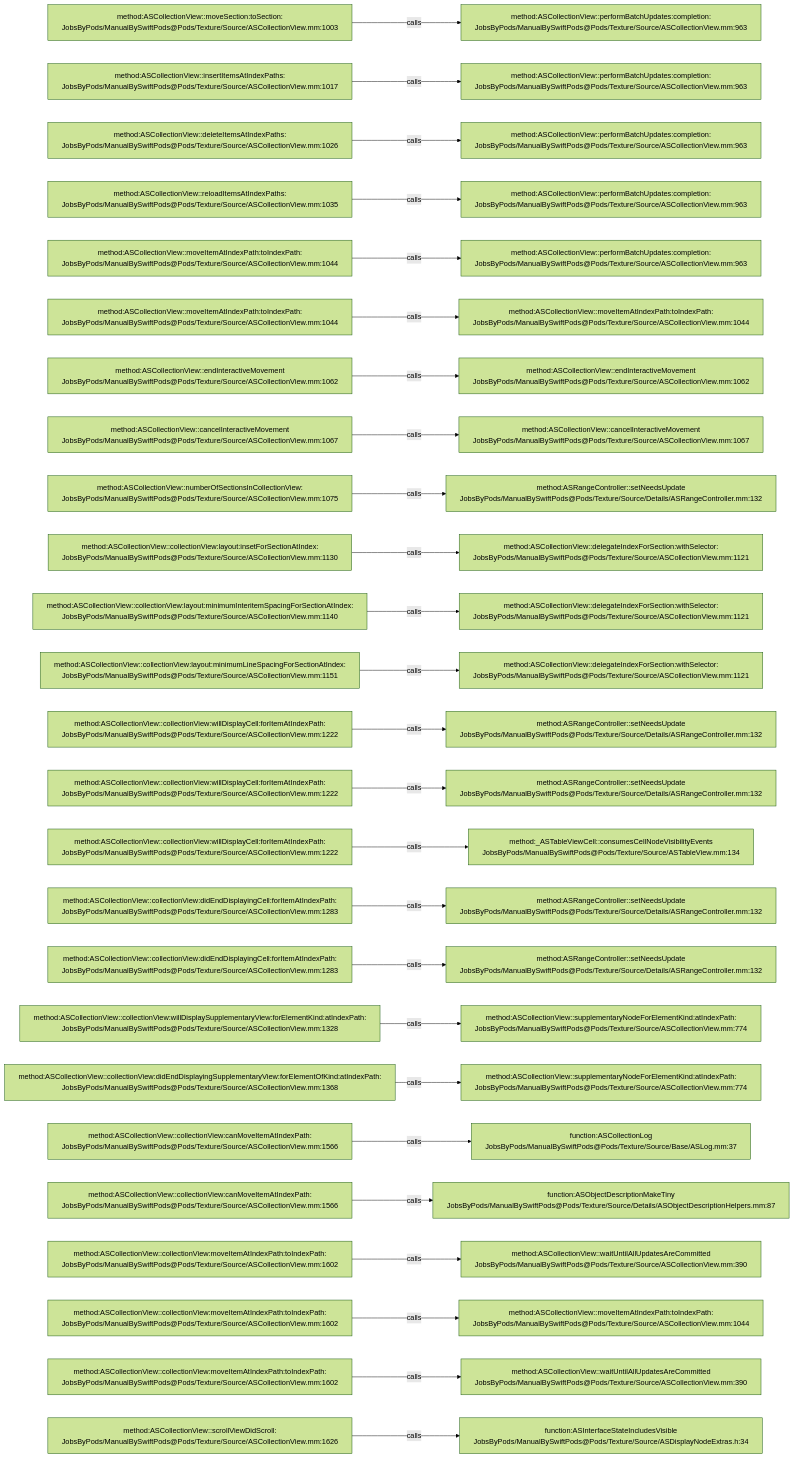
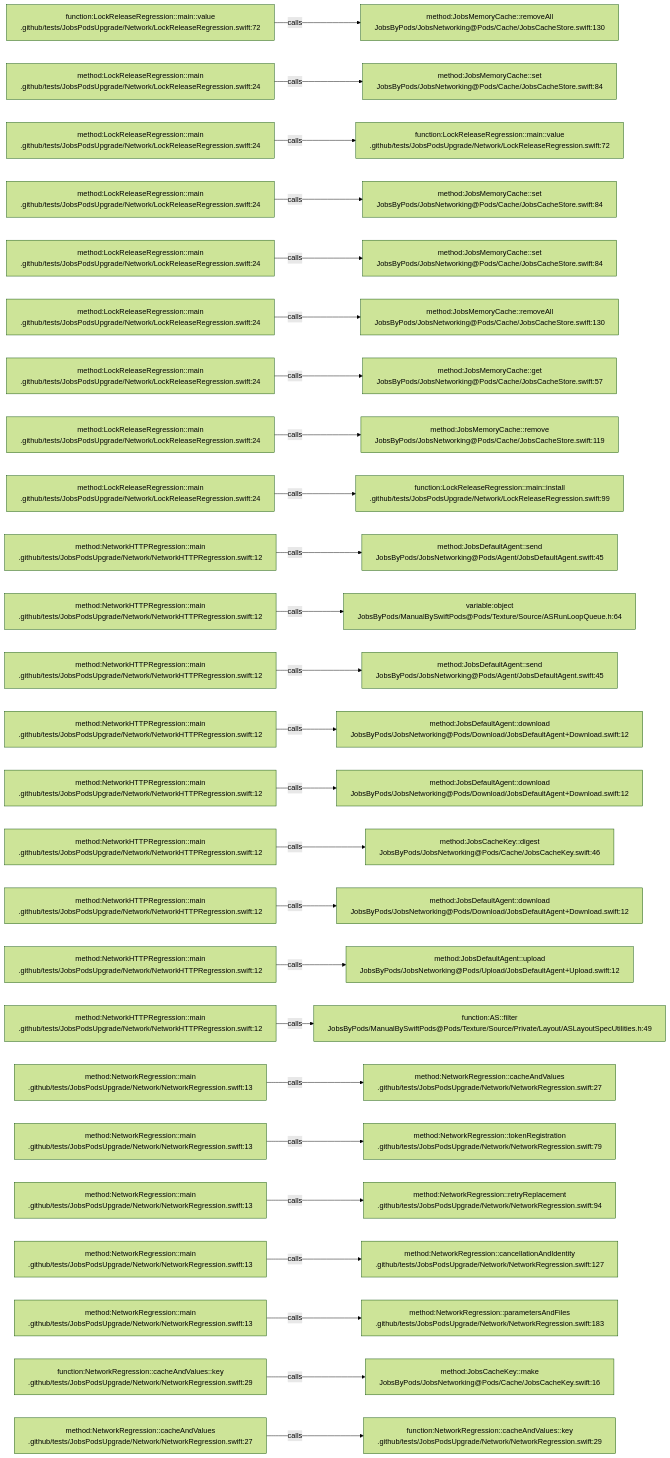
Before and after one commit to JobsKits/JobsSwiftBaseConfigDemo: the diagram in .codegraph/codegraph.md/graphs/calls-012.md, drawn with Mermaid (forest theme). The commit also changed 224 other files, not shown here.

````diff
--- a/.codegraph/codegraph.md/graphs/calls-012.md
+++ b/.codegraph/codegraph.md/graphs/calls-012.md
@@ -13,78 +13,78 @@
 ```mermaid
 flowchart LR
-  S1["method:ASCollectionView::moveSection:toSection:<br/>JobsByPods/ManualBySwiftPods@Pods/Texture/Source/ASCollectionView.mm:1003"]
-  T1["method:ASCollectionView::performBatchUpdates:completion:<br/>JobsByPods/ManualBySwiftPods@Pods/Texture/Source/ASCollectionView.mm:963"]
+  S1["function:LockReleaseRegression::main::value<br/>.github/tests/JobsPodsUpgrade/Network/LockReleaseRegression.swift:72"]
+  T1["method:JobsMemoryCache::removeAll<br/>JobsByPods/JobsNetworking@Pods/Cache/JobsCacheStore.swift:130"]
   S1 -->|calls| T1
-  S2["method:ASCollectionView::insertItemsAtIndexPaths:<br/>JobsByPods/ManualBySwiftPods@Pods/Texture/Source/ASCollectionView.mm:1017"]
-  T2["method:ASCollectionView::performBatchUpdates:completion:<br/>JobsByPods/ManualBySwiftPods@Pods/Texture/Source/ASCollectionView.mm:963"]
+  S2["method:LockReleaseRegression::main<br/>.github/tests/JobsPodsUpgrade/Network/LockReleaseRegression.swift:24"]
+  T2["method:JobsMemoryCache::set<br/>JobsByPods/JobsNetworking@Pods/Cache/JobsCacheStore.swift:84"]
   S2 -->|calls| T2
-  S3["method:ASCollectionView::deleteItemsAtIndexPaths:<br/>JobsByPods/ManualBySwiftPods@Pods/Texture/Source/ASCollectionView.mm:1026"]
-  T3["method:ASCollectionView::performBatchUpdates:completion:<br/>JobsByPods/ManualBySwiftPods@Pods/Texture/Source/ASCollectionView.mm:963"]
+  S3["method:LockReleaseRegression::main<br/>.github/tests/JobsPodsUpgrade/Network/LockReleaseRegression.swift:24"]
+  T3["function:LockReleaseRegression::main::value<br/>.github/tests/JobsPodsUpgrade/Network/LockReleaseRegression.swift:72"]
   S3 -->|calls| T3
-  S4["method:ASCollectionView::reloadItemsAtIndexPaths:<br/>JobsByPods/ManualBySwiftPods@Pods/Texture/Source/ASCollectionView.mm:1035"]
-  T4["method:ASCollectionView::performBatchUpdates:completion:<br/>JobsByPods/ManualBySwiftPods@Pods/Texture/Source/ASCollectionView.mm:963"]
+  S4["method:LockReleaseRegression::main<br/>.github/tests/JobsPodsUpgrade/Network/LockReleaseRegression.swift:24"]
+  T4["method:JobsMemoryCache::set<br/>JobsByPods/JobsNetworking@Pods/Cache/JobsCacheStore.swift:84"]
   S4 -->|calls| T4
-  S5["method:ASCollectionView::moveItemAtIndexPath:toIndexPath:<br/>JobsByPods/ManualBySwiftPods@Pods/Texture/Source/ASCollectionView.mm:1044"]
-  T5["method:ASCollectionView::performBatchUpdates:completion:<br/>JobsByPods/ManualBySwiftPods@Pods/Texture/Source/ASCollectionView.mm:963"]
+  S5["method:LockReleaseRegression::main<br/>.github/tests/JobsPodsUpgrade/Network/LockReleaseRegression.swift:24"]
+  T5["method:JobsMemoryCache::set<br/>JobsByPods/JobsNetworking@Pods/Cache/JobsCacheStore.swift:84"]
   S5 -->|calls| T5
-  S6["method:ASCollectionView::moveItemAtIndexPath:toIndexPath:<br/>JobsByPods/ManualBySwiftPods@Pods/Texture/Source/ASCollectionView.mm:1044"]
-  T6["method:ASCollectionView::moveItemAtIndexPath:toIndexPath:<br/>JobsByPods/ManualBySwiftPods@Pods/Texture/Source/ASCollectionView.mm:1044"]
+  S6["method:LockReleaseRegression::main<br/>.github/tests/JobsPodsUpgrade/Network/LockReleaseRegression.swift:24"]
+  T6["method:JobsMemoryCache::removeAll<br/>JobsByPods/JobsNetworking@Pods/Cache/JobsCacheStore.swift:130"]
   S6 -->|calls| T6
-  S7["method:ASCollectionView::endInteractiveMovement<br/>JobsByPods/ManualBySwiftPods@Pods/Texture/Source/ASCollectionView.mm:1062"]
-  T7["method:ASCollectionView::endInteractiveMovement<br/>JobsByPods/ManualBySwiftPods@Pods/Texture/Source/ASCollectionView.mm:1062"]
+  S7["method:LockReleaseRegression::main<br/>.github/tests/JobsPodsUpgrade/Network/LockReleaseRegression.swift:24"]
+  T7["method:JobsMemoryCache::get<br/>JobsByPods/JobsNetworking@Pods/Cache/JobsCacheStore.swift:57"]
   S7 -->|calls| T7
-  S8["method:ASCollectionView::cancelInteractiveMovement<br/>JobsByPods/ManualBySwiftPods@Pods/Texture/Source/ASCollectionView.mm:1067"]
-  T8["method:ASCollectionView::cancelInteractiveMovement<br/>JobsByPods/ManualBySwiftPods@Pods/Texture/Source/ASCollectionView.mm:1067"]
+  S8["method:LockReleaseRegression::main<br/>.github/tests/JobsPodsUpgrade/Network/LockReleaseRegression.swift:24"]
+  T8["method:JobsMemoryCache::remove<br/>JobsByPods/JobsNetworking@Pods/Cache/JobsCacheStore.swift:119"]
   S8 -->|calls| T8
-  S9["method:ASCollectionView::numberOfSectionsInCollectionView:<br/>JobsByPods/ManualBySwiftPods@Pods/Texture/Source/ASCollectionView.mm:1075"]
-  T9["method:ASRangeController::setNeedsUpdate<br/>JobsByPods/ManualBySwiftPods@Pods/Texture/Source/Details/ASRangeController.mm:132"]
+  S9["method:LockReleaseRegression::main<br/>.github/tests/JobsPodsUpgrade/Network/LockReleaseRegression.swift:24"]
+  T9["function:LockReleaseRegression::main::install<br/>.github/tests/JobsPodsUpgrade/Network/LockReleaseRegression.swift:99"]
   S9 -->|calls| T9
-  S10["method:ASCollectionView::collectionView:layout:insetForSectionAtIndex:<br/>JobsByPods/ManualBySwiftPods@Pods/Texture/Source/ASCollectionView.mm:1130"]
-  T10["method:ASCollectionView::delegateIndexForSection:withSelector:<br/>JobsByPods/ManualBySwiftPods@Pods/Texture/Source/ASCollectionView.mm:1121"]
+  S10["method:NetworkHTTPRegression::main<br/>.github/tests/JobsPodsUpgrade/Network/NetworkHTTPRegression.swift:12"]
+  T10["method:JobsDefaultAgent::send<br/>JobsByPods/JobsNetworking@Pods/Agent/JobsDefaultAgent.swift:45"]
   S10 -->|calls| T10
-  S11["method:ASCollectionView::collectionView:layout:minimumInteritemSpacingForSectionAtIndex:<br/>JobsByPods/ManualBySwiftPods@Pods/Texture/Source/ASCollectionView.mm:1140"]
-  T11["method:ASCollectionView::delegateIndexForSection:withSelector:<br/>JobsByPods/ManualBySwiftPods@Pods/Texture/Source/ASCollectionView.mm:1121"]
+  S11["method:NetworkHTTPRegression::main<br/>.github/tests/JobsPodsUpgrade/Network/NetworkHTTPRegression.swift:12"]
+  T11["variable:object<br/>JobsByPods/ManualBySwiftPods@Pods/Texture/Source/ASRunLoopQueue.h:64"]
   S11 -->|calls| T11
-  S12["method:ASCollectionView::collectionView:layout:minimumLineSpacingForSectionAtIndex:<br/>JobsByPods/ManualBySwiftPods@Pods/Texture/Source/ASCollectionView.mm:1151"]
-  T12["method:ASCollectionView::delegateIndexForSection:withSelector:<br/>JobsByPods/ManualBySwiftPods@Pods/Texture/Source/ASCollectionView.mm:1121"]
+  S12["method:NetworkHTTPRegression::main<br/>.github/tests/JobsPodsUpgrade/Network/NetworkHTTPRegression.swift:12"]
+  T12["method:JobsDefaultAgent::send<br/>JobsByPods/JobsNetworking@Pods/Agent/JobsDefaultAgent.swift:45"]
   S12 -->|calls| T12
-  S13["method:ASCollectionView::collectionView:willDisplayCell:forItemAtIndexPath:<br/>JobsByPods/ManualBySwiftPods@Pods/Texture/Source/ASCollectionView.mm:1222"]
-  T13["method:ASRangeController::setNeedsUpdate<br/>JobsByPods/ManualBySwiftPods@Pods/Texture/Source/Details/ASRangeController.mm:132"]
+  S13["method:NetworkHTTPRegression::main<br/>.github/tests/JobsPodsUpgrade/Network/NetworkHTTPRegression.swift:12"]
+  T13["method:JobsDefaultAgent::download<br/>JobsByPods/JobsNetworking@Pods/Download/JobsDefaultAgent+Download.swift:12"]
   S13 -->|calls| T13
-  S14["method:ASCollectionView::collectionView:willDisplayCell:forItemAtIndexPath:<br/>JobsByPods/ManualBySwiftPods@Pods/Texture/Source/ASCollectionView.mm:1222"]
-  T14["method:ASRangeController::setNeedsUpdate<br/>JobsByPods/ManualBySwiftPods@Pods/Texture/Source/Details/ASRangeController.mm:132"]
+  S14["method:NetworkHTTPRegression::main<br/>.github/tests/JobsPodsUpgrade/Network/NetworkHTTPRegression.swift:12"]
+  T14["method:JobsDefaultAgent::download<br/>JobsByPods/JobsNetworking@Pods/Download/JobsDefaultAgent+Download.swift:12"]
   S14 -->|calls| T14
-  S15["method:ASCollectionView::collectionView:willDisplayCell:forItemAtIndexPath:<br/>JobsByPods/ManualBySwiftPods@Pods/Texture/Source/ASCollectionView.mm:1222"]
-  T15["method:_ASTableViewCell::consumesCellNodeVisibilityEvents<br/>JobsByPods/ManualBySwiftPods@Pods/Texture/Source/ASTableView.mm:134"]
+  S15["method:NetworkHTTPRegression::main<br/>.github/tests/JobsPodsUpgrade/Network/NetworkHTTPRegression.swift:12"]
+  T15["method:JobsCacheKey::digest<br/>JobsByPods/JobsNetworking@Pods/Cache/JobsCacheKey.swift:46"]
   S15 -->|calls| T15
-  S16["method:ASCollectionView::collectionView:didEndDisplayingCell:forItemAtIndexPath:<br/>JobsByPods/ManualBySwiftPods@Pods/Texture/Source/ASCollectionView.mm:1283"]
-  T16["method:ASRangeController::setNeedsUpdate<br/>JobsByPods/ManualBySwiftPods@Pods/Texture/Source/Details/ASRangeController.mm:132"]
+  S16["method:NetworkHTTPRegression::main<br/>.github/tests/JobsPodsUpgrade/Network/NetworkHTTPRegression.swift:12"]
+  T16["method:JobsDefaultAgent::download<br/>JobsByPods/JobsNetworking@Pods/Download/JobsDefaultAgent+Download.swift:12"]
   S16 -->|calls| T16
-  S17["method:ASCollectionView::collectionView:didEndDisplayingCell:forItemAtIndexPath:<br/>JobsByPods/ManualBySwiftPods@Pods/Texture/Source/ASCollectionView.mm:1283"]
-  T17["method:ASRangeController::setNeedsUpdate<br/>JobsByPods/ManualBySwiftPods@Pods/Texture/Source/Details/ASRangeController.mm:132"]
+  S17["method:NetworkHTTPRegression::main<br/>.github/tests/JobsPodsUpgrade/Network/NetworkHTTPRegression.swift:12"]
+  T17["method:JobsDefaultAgent::upload<br/>JobsByPods/JobsNetworking@Pods/Upload/JobsDefaultAgent+Upload.swift:12"]
   S17 -->|calls| T17
-  S18["method:ASCollectionView::collectionView:willDisplaySupplementaryView:forElementKind:atIndexPath:<br/>JobsByPods/ManualBySwiftPods@Pods/Texture/Source/ASCollectionView.mm:1328"]
-  T18["method:ASCollectionView::supplementaryNodeForElementKind:atIndexPath:<br/>JobsByPods/ManualBySwiftPods@Pods/Texture/Source/ASCollectionView.mm:774"]
+  S18["method:NetworkHTTPRegression::main<br/>.github/tests/JobsPodsUpgrade/Network/NetworkHTTPRegression.swift:12"]
+  T18["function:AS::filter<br/>JobsByPods/ManualBySwiftPods@Pods/Texture/Source/Private/Layout/ASLayoutSpecUtilities.h:49"]
   S18 -->|calls| T18
-  S19["method:ASCollectionView::collectionView:didEndDisplayingSupplementaryView:forElementOfKind:atIndexPath:<br/>JobsByPods/ManualBySwiftPods@Pods/Texture/Source/ASCollectionView.mm:1368"]
-  T19["method:ASCollectionView::supplementaryNodeForElementKind:atIndexPath:<br/>JobsByPods/ManualBySwiftPods@Pods/Texture/Source/ASCollectionView.mm:774"]
+  S19["method:NetworkRegression::main<br/>.github/tests/JobsPodsUpgrade/Network/NetworkRegression.swift:13"]
+  T19["method:NetworkRegression::cacheAndValues<br/>.github/tests/JobsPodsUpgrade/Network/NetworkRegression.swift:27"]
   S19 -->|calls| T19
-  S20["method:ASCollectionView::collectionView:canMoveItemAtIndexPath:<br/>JobsByPods/ManualBySwiftPods@Pods/Texture/Source/ASCollectionView.mm:1566"]
-  T20["function:ASCollectionLog<br/>JobsByPods/ManualBySwiftPods@Pods/Texture/Source/Base/ASLog.mm:37"]
+  S20["method:NetworkRegression::main<br/>.github/tests/JobsPodsUpgrade/Network/NetworkRegression.swift:13"]
+  T20["method:NetworkRegression::tokenRegistration<br/>.github/tests/JobsPodsUpgrade/Network/NetworkRegression.swift:79"]
   S20 -->|calls| T20
-  S21["method:ASCollectionView::collectionView:canMoveItemAtIndexPath:<br/>JobsByPods/ManualBySwiftPods@Pods/Texture/Source/ASCollectionView.mm:1566"]
-  T21["function:ASObjectDescriptionMakeTiny<br/>JobsByPods/ManualBySwiftPods@Pods/Texture/Source/Details/ASObjectDescriptionHelpers.mm:87"]
+  S21["method:NetworkRegression::main<br/>.github/tests/JobsPodsUpgrade/Network/NetworkRegression.swift:13"]
+  T21["method:NetworkRegression::retryReplacement<br/>.github/tests/JobsPodsUpgrade/Network/NetworkRegression.swift:94"]
   S21 -->|calls| T21
-  S22["method:ASCollectionView::collectionView:moveItemAtIndexPath:toIndexPath:<br/>JobsByPods/ManualBySwiftPods@Pods/Texture/Source/ASCollectionView.mm:1602"]
-  T22["method:ASCollectionView::waitUntilAllUpdatesAreCommitted<br/>JobsByPods/ManualBySwiftPods@Pods/Texture/Source/ASCollectionView.mm:390"]
+  S22["method:NetworkRegression::main<br/>.github/tests/JobsPodsUpgrade/Network/NetworkRegression.swift:13"]
+  T22["method:NetworkRegression::cancellationAndIdentity<br/>.github/tests/JobsPodsUpgrade/Network/NetworkRegression.swift:127"]
   S22 -->|calls| T22
-  S23["method:ASCollectionView::collectionView:moveItemAtIndexPath:toIndexPath:<br/>JobsByPods/ManualBySwiftPods@Pods/Texture/Source/ASCollectionView.mm:1602"]
-  T23["method:ASCollectionView::moveItemAtIndexPath:toIndexPath:<br/>JobsByPods/ManualBySwiftPods@Pods/Texture/Source/ASCollectionView.mm:1044"]
+  S23["method:NetworkRegression::main<br/>.github/tests/JobsPodsUpgrade/Network/NetworkRegression.swift:13"]
+  T23["method:NetworkRegression::parametersAndFiles<br/>.github/tests/JobsPodsUpgrade/Network/NetworkRegression.swift:183"]
   S23 -->|calls| T23
-  S24["method:ASCollectionView::collectionView:moveItemAtIndexPath:toIndexPath:<br/>JobsByPods/ManualBySwiftPods@Pods/Texture/Source/ASCollectionView.mm:1602"]
-  T24["method:ASCollectionView::waitUntilAllUpdatesAreCommitted<br/>JobsByPods/ManualBySwiftPods@Pods/Texture/Source/ASCollectionView.mm:390"]
+  S24["function:NetworkRegression::cacheAndValues::key<br/>.github/tests/JobsPodsUpgrade/Network/NetworkRegression.swift:29"]
+  T24["method:JobsCacheKey::make<br/>JobsByPods/JobsNetworking@Pods/Cache/JobsCacheKey.swift:16"]
   S24 -->|calls| T24
-  S25["method:ASCollectionView::scrollViewDidScroll:<br/>JobsByPods/ManualBySwiftPods@Pods/Texture/Source/ASCollectionView.mm:1626"]
-  T25["function:ASInterfaceStateIncludesVisible<br/>JobsByPods/ManualBySwiftPods@Pods/Texture/Source/ASDisplayNodeExtras.h:34"]
+  S25["method:NetworkRegression::cacheAndValues<br/>.github/tests/JobsPodsUpgrade/Network/NetworkRegression.swift:27"]
+  T25["function:NetworkRegression::cacheAndValues::key<br/>.github/tests/JobsPodsUpgrade/Network/NetworkRegression.swift:29"]
   S25 -->|calls| T25
 ```
````
